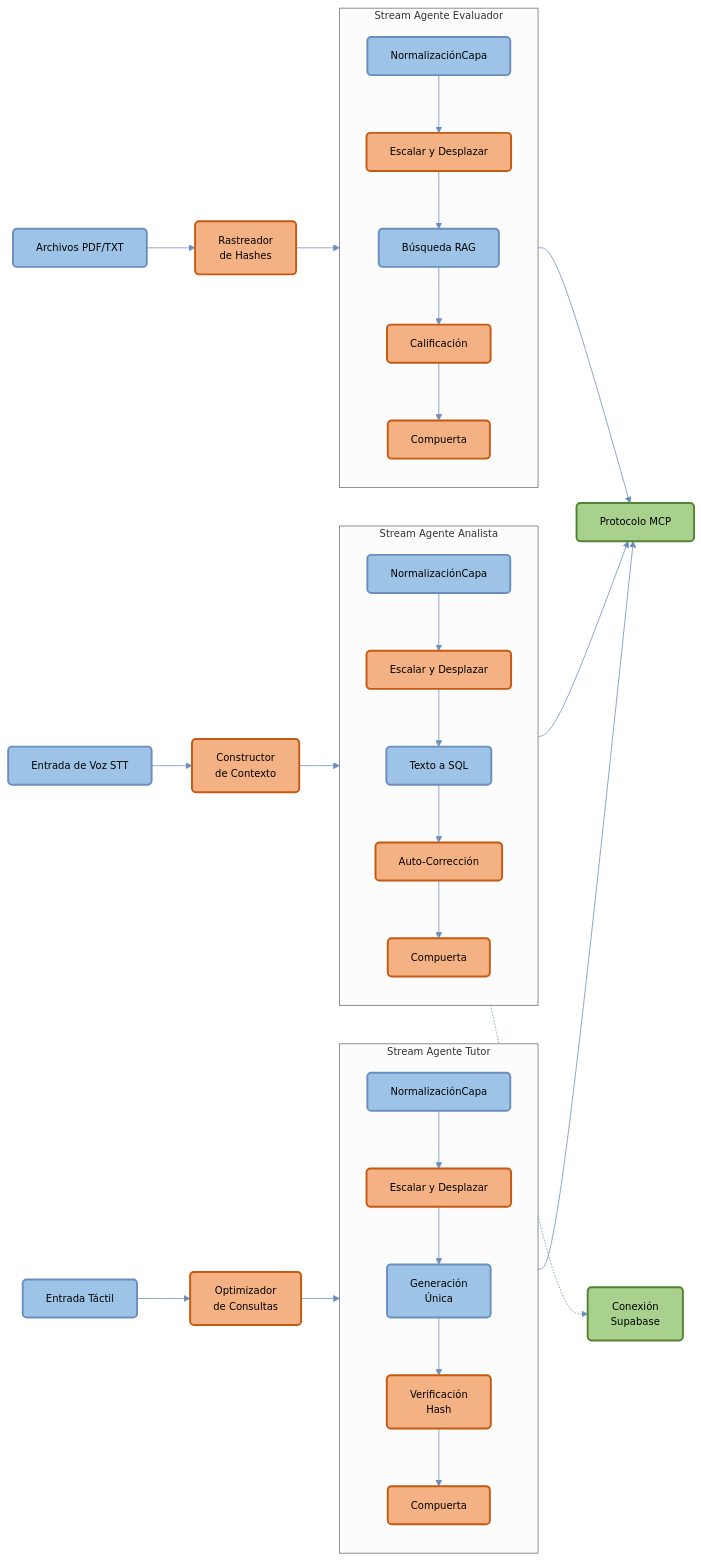
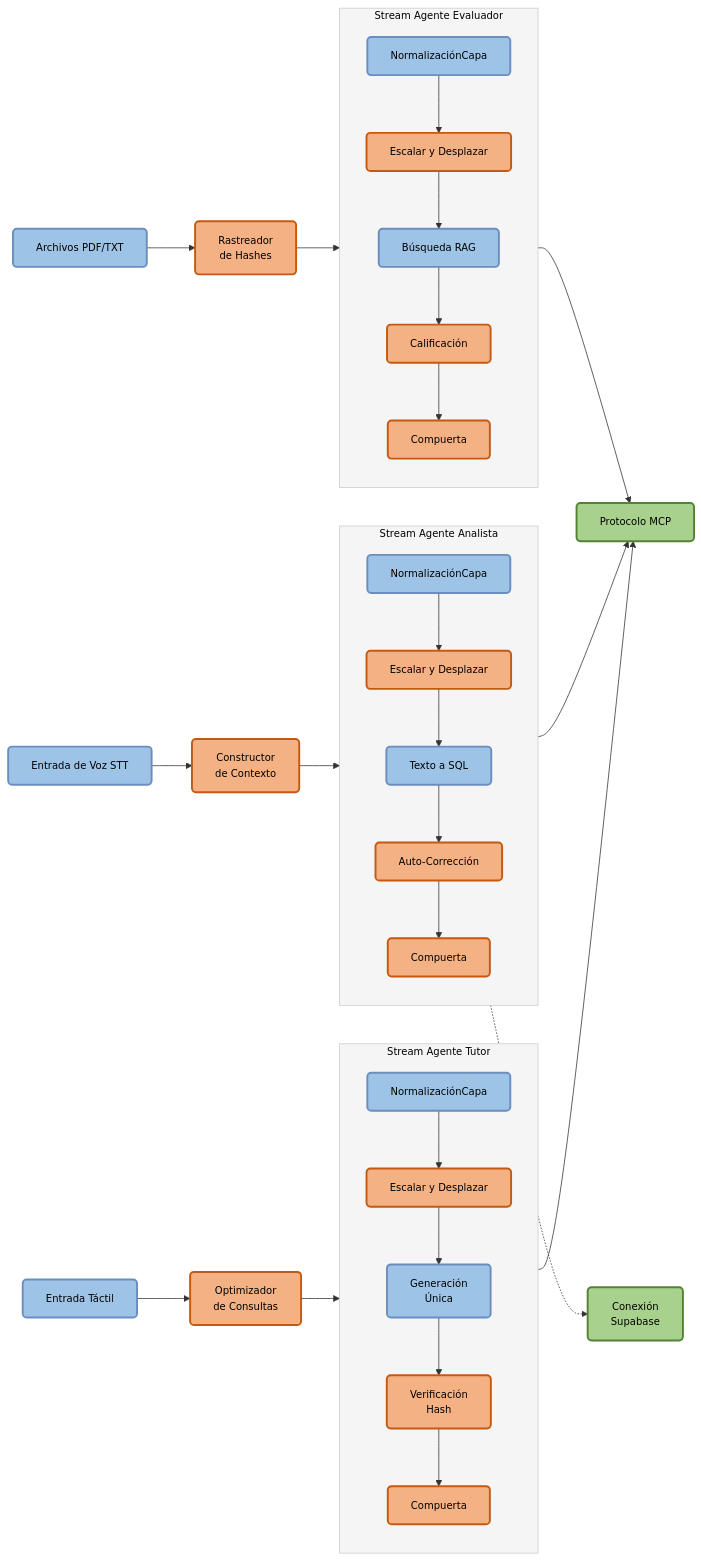
Before and after one commit to Jesuh02/ProjectCourseV1: the first of 2 diagrams in README.md, drawn with Mermaid. The commit also changed other lines of this file, not shown here.

````diff
--- a/README.md
+++ b/README.md
@@ -68,69 +68,69 @@
 ```mermaid
-%%{init: {'theme': 'neutral', 'themeVariables': { 'background': '#fafafa', 'mainBkg': '#ffffff', 'primaryColor': '#9dc3e6', 'primaryTextColor': '#000', 'primaryBorderColor': '#6c8ebf', 'lineColor': '#6c8ebf', 'secondaryColor': '#f4b183', 'tertiaryColor': '#a9d18e', 'fontSize': '13px', 'darkMode': false}}}%%
+%%{init: {'theme': 'default', 'themeVariables': { 'background': '#ffffff', 'mainBkg': '#ffffff', 'clusterBkg': '#f5f5f5', 'clusterBorder': '#cccccc', 'primaryColor': '#9dc3e6', 'primaryTextColor': '#000000', 'primaryBorderColor': '#6c8ebf', 'lineColor': '#333333', 'secondaryColor': '#f4b183', 'tertiaryColor': '#a9d18e', 'fontSize': '13px', 'fontFamily': 'arial', 'edgeLabelBackground':'#ffffff', 'textColor': '#000000'}}}%%
 flowchart LR
     %% Estilos tipo HY-Motion DiT con fondo claro
     classDef blue fill:#9dc3e6,stroke:#6c8ebf,color:#000,stroke-width:2.5px,rx:5,ry:5
     classDef orange fill:#f4b183,stroke:#c65911,color:#000,stroke-width:2.5px,rx:5,ry:5
     classDef green fill:#a9d18e,stroke:#548235,color:#000,stroke-width:2.5px,rx:5,ry:5
 
     %% ENTRADA
     Input1[Entrada Táctil]:::blue
     Input2[Entrada de Voz STT]:::blue
     Input3[Archivos PDF/TXT]:::blue
 
     %% PROCESAMIENTO
     Proc1[Optimizador<br/>de Consultas]:::orange
     Proc2[Constructor<br/>de Contexto]:::orange
     Proc3[Rastreador<br/>de Hashes]:::orange
 
     %% STREAM 1: AGENTE TUTOR
     subgraph Stream1 [" Stream Agente Tutor "]
         direction TB
         S1_1[NormalizaciónCapa]:::blue
         S1_2[Escalar y Desplazar]:::orange
         S1_3[Generación<br/>Única]:::blue
         S1_4[Verificación<br/>Hash]:::orange
         S1_5[Compuerta]:::orange
         S1_1 --> S1_2 --> S1_3 --> S1_4 --> S1_5
     end
 
     %% STREAM 2: AGENTE ANALISTA
     subgraph Stream2 [" Stream Agente Analista "]
         direction TB
         S2_1[NormalizaciónCapa]:::blue
         S2_2[Escalar y Desplazar]:::orange
         S2_3[Texto a SQL]:::blue
         S2_4[Auto-Corrección]:::orange
         S2_5[Compuerta]:::orange
         S2_1 --> S2_2 --> S2_3 --> S2_4 --> S2_5
     end
 
     %% STREAM 3: AGENTE EVALUADOR
     subgraph Stream3 [" Stream Agente Evaluador "]
         direction TB
         S3_1[NormalizaciónCapa]:::blue
         S3_2[Escalar y Desplazar]:::orange
         S3_3[Búsqueda RAG]:::blue
         S3_4[Calificación]:::orange
         S3_5[Compuerta]:::orange
         S3_1 --> S3_2 --> S3_3 --> S3_4 --> S3_5
     end
 
     %% SALIDA
     Output1[Protocolo MCP]:::green
     Output2[Conexión<br/>Supabase]:::green
 
     %% CONEXIONES
     Input1 --> Proc1
     Input2 --> Proc2
     Input3 --> Proc3
 
     Proc1 --> S1_1
     Proc2 --> S2_1
     Proc3 --> S3_1
 
     S1_5 --> Output1
     S2_5 --> Output1
     S2_5 -.-> Output2
     S3_5 --> Output1
 ```
````
